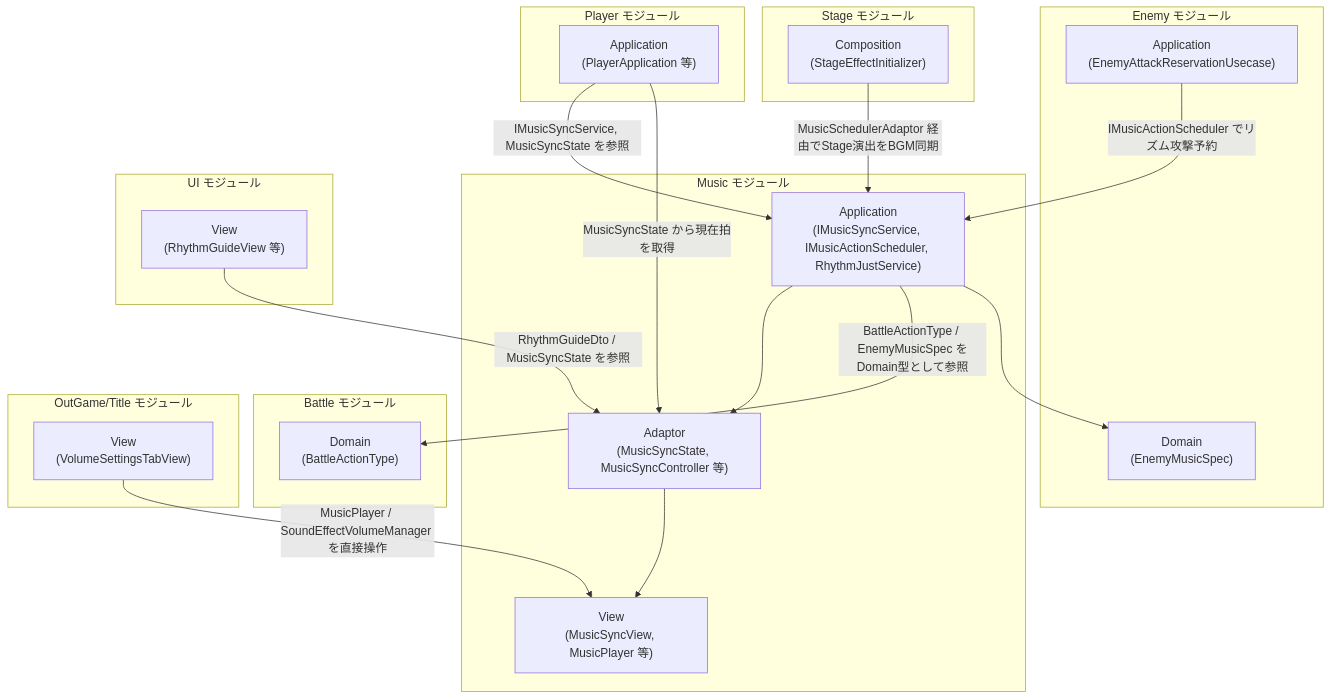
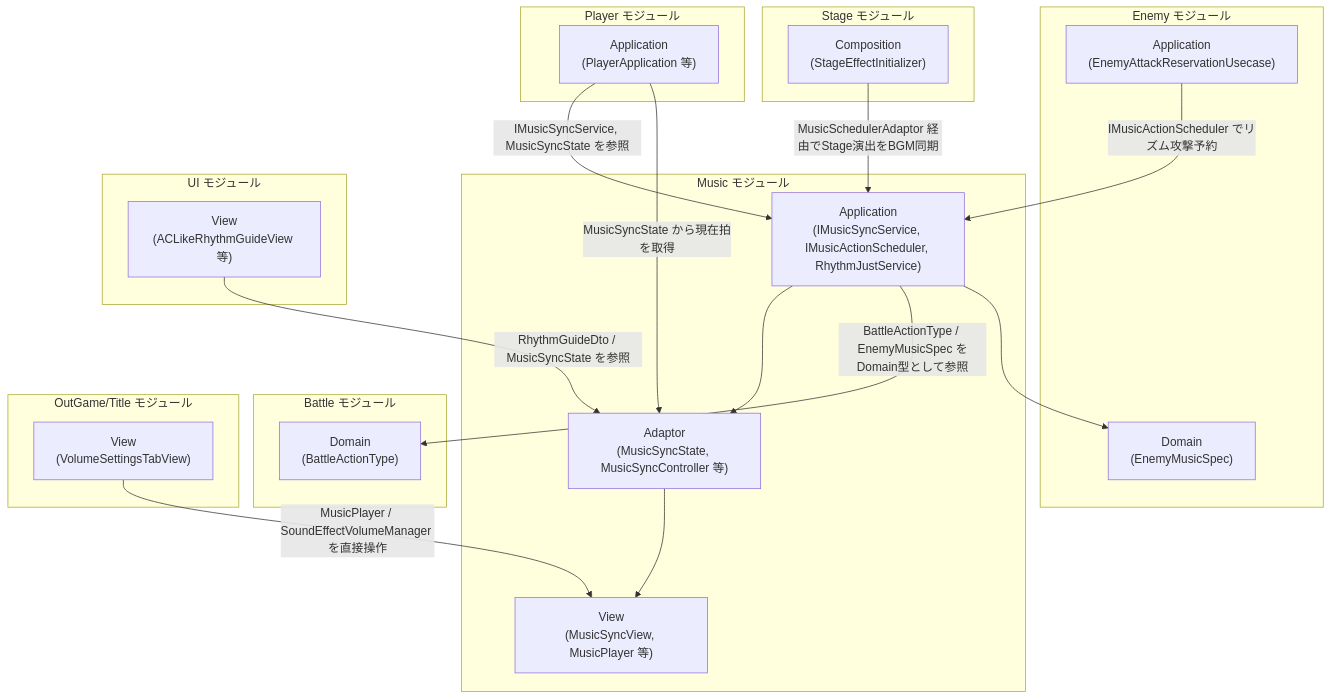
One commit to HIBIKI5201/SymphonyKillChord changed the first of 4 diagrams in Assets/Docs/ScriptsDocs/Modules/NotionModuleDocs/Music.md. Above: the diagram before and after it, drawn with Mermaid. The commit also changed other lines of this file and 13 other files, not shown here.

First line of the commit message:
旧リズムガイド（RhythmGuideView 系）を削除する (#2015)

````diff
--- a/Assets/Docs/ScriptsDocs/Modules/NotionModuleDocs/Music.md
+++ b/Assets/Docs/ScriptsDocs/Modules/NotionModuleDocs/Music.md
@@ -58,46 +56,46 @@
 ```mermaid
 graph TD
     %% 定義 (接続のないレイヤーは省略)
     subgraph MusicModule [Music モジュール]
         M_App["Application\n(IMusicSyncService, IMusicActionScheduler, RhythmJustService)"]
         M_Adaptor["Adaptor\n(MusicSyncState, MusicSyncController 等)"]
         M_View["View\n(MusicSyncView, MusicPlayer 等)"]
         M_App --> M_Adaptor
         M_Adaptor --> M_View
     end
 
     subgraph PlayerModule [Player モジュール]
         P_App["Application\n(PlayerApplication 等)"]
     end
 
     subgraph EnemyModule [Enemy モジュール]
         E_App["Application\n(EnemyAttackReservationUsecase)"]
         E_Domain["Domain\n(EnemyMusicSpec)"]
     end
 
     subgraph BattleModule [Battle モジュール]
         B_Domain["Domain\n(BattleActionType)"]
     end
 
     subgraph StageModule [Stage モジュール]
         ST_Composition["Composition\n(StageEffectInitializer)"]
     end
 
     subgraph UIModule [UI モジュール]
-        UI_View["View\n(RhythmGuideView 等)"]
+        UI_View["View\n(ACLikeRhythmGuideView 等)"]
     end
 
     subgraph TitleModule [OutGame/Title モジュール]
         T_View["View\n(VolumeSettingsTabView)"]
     end
 
     %% 依存関係
     P_App -->|"IMusicSyncService, MusicSyncState を参照"| M_App
     P_App -->|"MusicSyncState から現在拍を取得"| M_Adaptor
     E_App -->|"IMusicActionScheduler でリズム攻撃予約"| M_App
     M_App -->|"BattleActionType / EnemyMusicSpec をDomain型として参照"| B_Domain
     M_App -->|"　"| E_Domain
     ST_Composition -->|"MusicSchedulerAdaptor 経由でStage演出をBGM同期"| M_App
     UI_View -->|"RhythmGuideDto / MusicSyncState を参照"| M_Adaptor
     T_View -->|"MusicPlayer / SoundEffectVolumeManager を直接操作"| M_View
 ```
````
